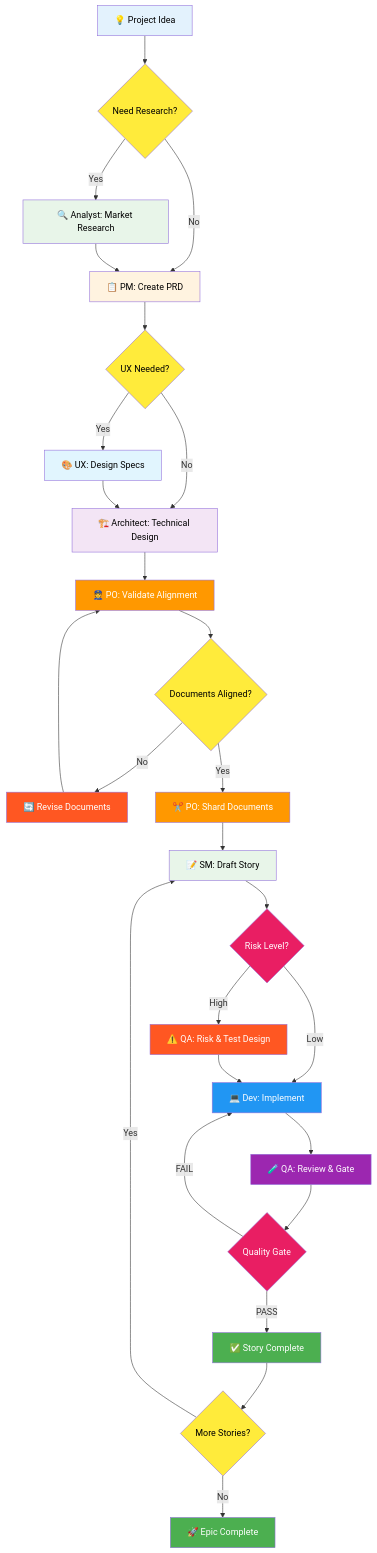
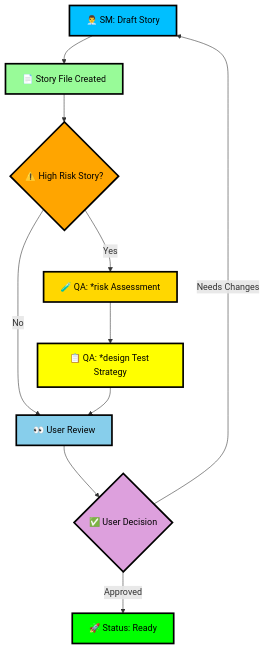
One commit to garkpit/RT-Vault changed the second of 12 diagrams in BMAD-method/BMAD-method - a visual guide.md. Above: the diagram before and after it, drawn with Mermaid. The commit also changed other lines of this file and 7 other files, not shown here.

````diff
--- a/BMAD-method/BMAD-method - a visual guide.md
+++ b/BMAD-method/BMAD-method - a visual guide.md
@@ -101,49 +106,21 @@
 ```mermaid
 graph TD
-    A["💡 Project Idea"] --> B{"Need Research?"}
-    B -->|Yes| C["🔍 Analyst: Market Research"]
-    B -->|No| D["📋 PM: Create PRD"]
-    C --> D
-    D --> E{"UX Needed?"}
-    E -->|Yes| F["🎨 UX: Design Specs"]
-    E -->|No| G["🏗️ Architect: Technical Design"]
-    F --> G
-    G --> H["👮 PO: Validate Alignment"]
-    H --> I{"Documents Aligned?"}
-    I -->|No| J["🔄 Revise Documents"]
-    I -->|Yes| K["✂️ PO: Shard Documents"]
-    J --> H
-    K --> L["📝 SM: Draft Story"]
-    L --> M{"Risk Level?"}
-    M -->|High| N["⚠️ QA: Risk & Test Design"]
-    M -->|Low| O["💻 Dev: Implement"]
-    N --> O
-    O --> P["🧪 QA: Review & Gate"]
-    P --> Q{"Quality Gate"}
-    Q -->|FAIL| O
-    Q -->|PASS| R["✅ Story Complete"]
-    R --> S{"More Stories?"}
-    S -->|Yes| L
-    S -->|No| T["🚀 Epic Complete"]
+    A1["👨‍💼 SM: Draft Story"] --> A2["📄 Story File Created"]
+    A2 --> A3{"⚠️ High Risk Story?"}
+    A3 -->|Yes| A4["🧪 QA: *risk Assessment"]
+    A3 -->|No| B1["👀 User Review"]
+    A4 --> A5["📋 QA: *design Test Strategy"]
+    A5 --> B1
+    B1 --> B2{"✅ User Decision"}
+    B2 -->|Needs Changes| A1
+    B2 -->|Approved| C1["🚀 Status: Ready"]
     
-    style A fill:#e3f2fd,color:#000
-    style B fill:#ffeb3b,color:#000
-    style C fill:#e8f5e9,color:#000
-    style D fill:#fff3e0,color:#000
-    style E fill:#ffeb3b,color:#000
-    style F fill:#e1f5fe,color:#000
-    style G fill:#f3e5f5,color:#000
-    style H fill:#ff9800,color:#fff
-    style I fill:#ffeb3b,color:#000
-    style J fill:#ff5722,color:#fff
-    style K fill:#ff9800,color:#fff
-    style L fill:#e8f5e9,color:#000
-    style M fill:#e91e63,color:#fff
-    style N fill:#ff5722,color:#fff
-    style O fill:#2196f3,color:#fff
-    style P fill:#9c27b0,color:#fff
-    style Q fill:#e91e63,color:#fff
-    style R fill:#4caf50,color:#fff
-    style S fill:#ffeb3b,color:#000
-    style T fill:#4caf50,color:#fff
+    style A1 fill:#00BFFF,color:#000000,stroke:#000000,stroke-width:3px
+    style A2 fill:#98FB98,color:#000000,stroke:#000000,stroke-width:3px
+    style A3 fill:#FFA500,color:#000000,stroke:#000000,stroke-width:3px
+    style A4 fill:#FFD700,color:#000000,stroke:#000000,stroke-width:3px
+    style A5 fill:#FFFF00,color:#000000,stroke:#000000,stroke-width:3px
+    style B1 fill:#87CEEB,color:#000000,stroke:#000000,stroke-width:3px
+    style B2 fill:#DDA0DD,color:#000000,stroke:#000000,stroke-width:3px
+    style C1 fill:#00FF00,color:#000000,stroke:#000000,stroke-width:3px
 ```
````
